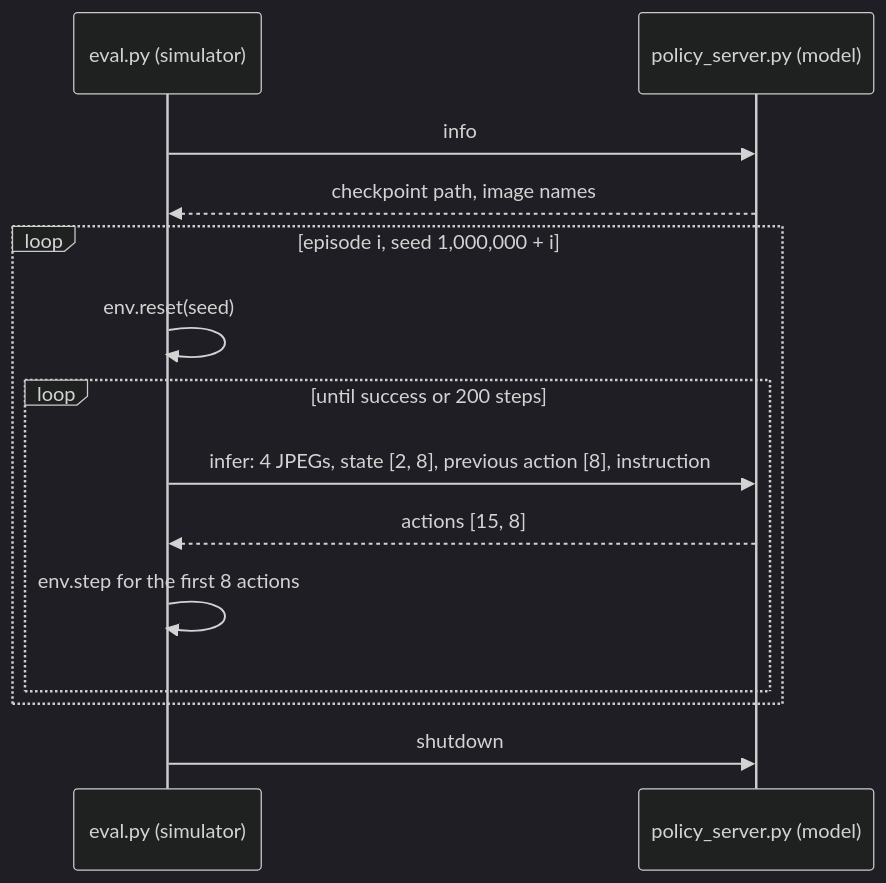
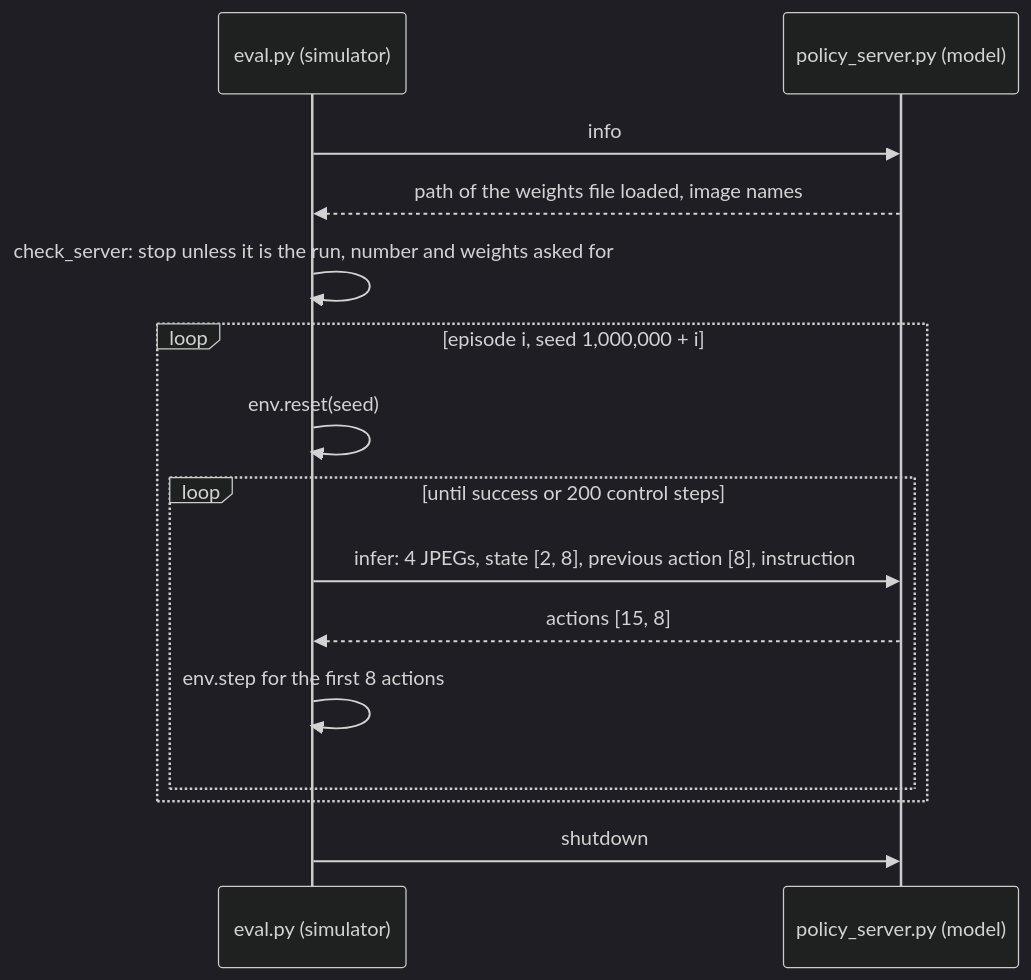
Before and after one commit to arianizadi/vla-from-scratch-site: the diagram in content/chapters/90-closed-loop-evaluation.md, drawn with Mermaid (dark theme). The commit also changed other lines of this file and 479 other files, not shown here.

````diff
--- a/content/chapters/90-closed-loop-evaluation.md
+++ b/content/chapters/90-closed-loop-evaluation.md
@@ -55,16 +50,17 @@
 ```mermaid
 sequenceDiagram
     participant E as eval.py (simulator)
     participant S as policy_server.py (model)
     E->>S: info
-    S-->>E: checkpoint path, image names
+    S-->>E: path of the weights file loaded, image names
+    E->>E: check_server: stop unless it is the run, number and weights asked for
     loop episode i, seed 1,000,000 + i
         E->>E: env.reset(seed)
-        loop until success or 200 steps
+        loop until success or 200 control steps
             E->>S: infer: 4 JPEGs, state [2, 8], previous action [8], instruction
             S-->>E: actions [15, 8]
             E->>E: env.step for the first 8 actions
         end
     end
     E->>S: shutdown
 ```
````
